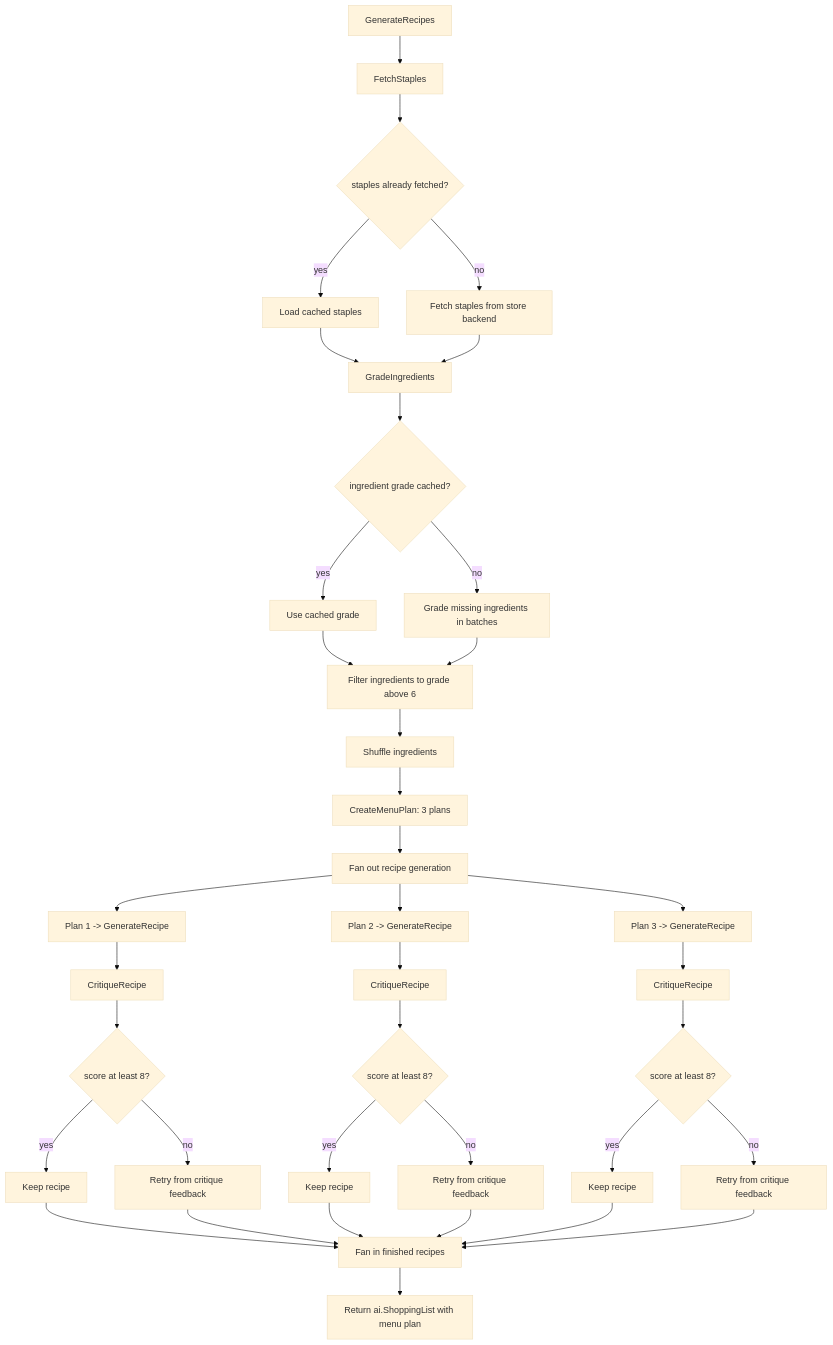
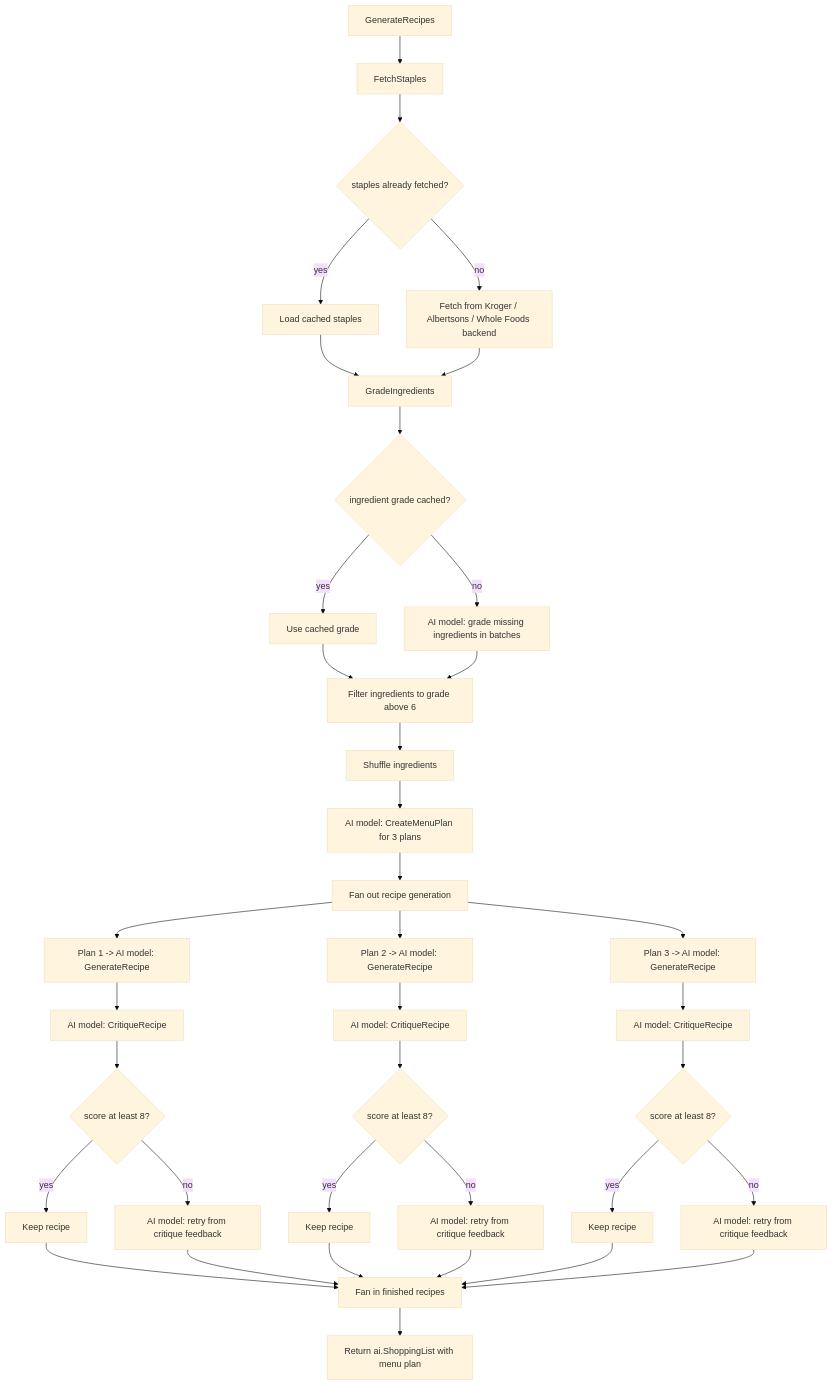
The diagram in docs/recipe-generation-walkthrough.md (paulgmiller/careme), drawn with Mermaid (base theme) before and after one commit. The commit also changed other lines of this file, not shown here.

Commit message:
try one more time

````diff
--- a/docs/recipe-generation-walkthrough.md
+++ b/docs/recipe-generation-walkthrough.md
@@ -7,48 +7,48 @@
 ```mermaid
 flowchart TD
     A["GenerateRecipes"] --> B["FetchStaples"]
     B --> C{"staples already fetched?"}
     C -- "yes" --> D["Load cached staples"]
-    C -- "no" --> E["Fetch staples from store backend"]
+    C -- "no" --> E["Fetch from Kroger / Albertsons / Whole Foods backend"]
     E --> G["GradeIngredients"]
     D --> G
 
     G --> H{"ingredient grade cached?"}
     H -- "yes" --> I["Use cached grade"]
-    H -- "no" --> J["Grade missing ingredients in batches"]
+    H -- "no" --> J["AI model: grade missing ingredients in batches"]
     I --> L["Filter ingredients to grade above 6"]
     J --> L
 
     L --> M["Shuffle ingredients"]
-    M --> N["CreateMenuPlan: 3 plans"]
+    M --> N["AI model: CreateMenuPlan for 3 plans"]
     N --> O["Fan out recipe generation"]
 
-    O --> P1["Plan 1 -> GenerateRecipe"]
-    O --> P2["Plan 2 -> GenerateRecipe"]
-    O --> P3["Plan 3 -> GenerateRecipe"]
+    O --> P1["Plan 1 -> AI model: GenerateRecipe"]
+    O --> P2["Plan 2 -> AI model: GenerateRecipe"]
+    O --> P3["Plan 3 -> AI model: GenerateRecipe"]
 
-    P1 --> R1["CritiqueRecipe"]
-    P2 --> R2["CritiqueRecipe"]
-    P3 --> R3["CritiqueRecipe"]
+    P1 --> R1["AI model: CritiqueRecipe"]
+    P2 --> R2["AI model: CritiqueRecipe"]
+    P3 --> R3["AI model: CritiqueRecipe"]
 
     R1 --> S1{"score at least 8?"}
     R2 --> S2{"score at least 8?"}
     R3 --> S3{"score at least 8?"}
 
     S1 -- "yes" --> T1["Keep recipe"]
     S2 -- "yes" --> T2["Keep recipe"]
     S3 -- "yes" --> T3["Keep recipe"]
 
-    S1 -- "no" --> U1["Retry from critique feedback"]
-    S2 -- "no" --> U2["Retry from critique feedback"]
-    S3 -- "no" --> U3["Retry from critique feedback"]
+    S1 -- "no" --> U1["AI model: retry from critique feedback"]
+    S2 -- "no" --> U2["AI model: retry from critique feedback"]
+    S3 -- "no" --> U3["AI model: retry from critique feedback"]
 
     T1 --> W["Fan in finished recipes"]
     T2 --> W
     T3 --> W
     U1 --> W
     U2 --> W
     U3 --> W
 
     W --> X["Return ai.ShoppingList with menu plan"]
 ```
````
